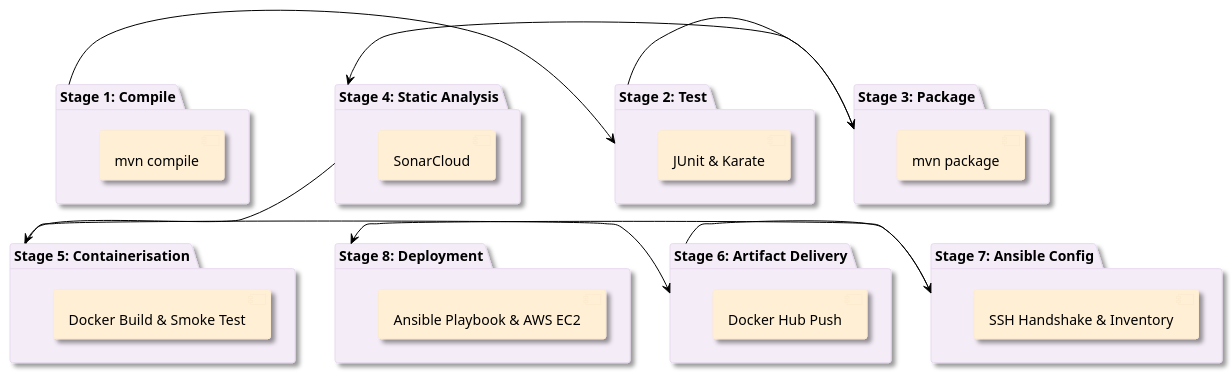
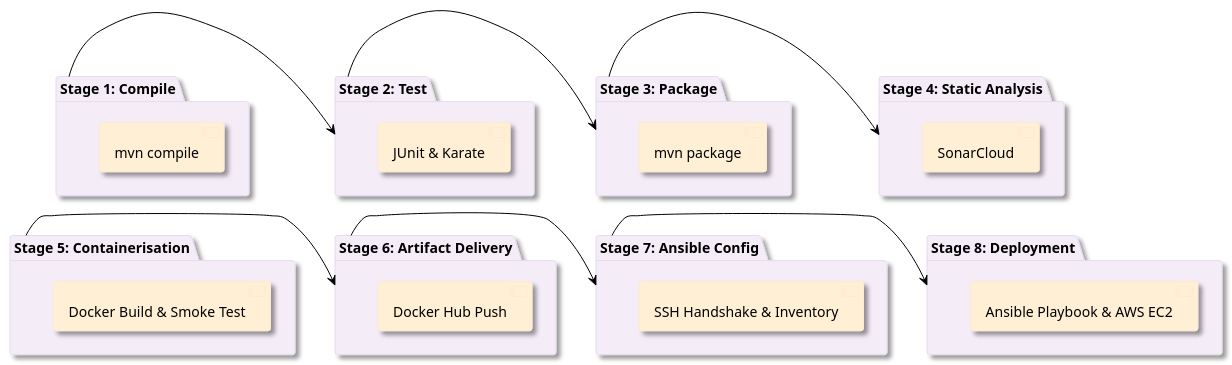
One commit to joeaoregan/TUS-26-MA-CA1-Guitar-Store-API changed the diagram in docs/pipeline-stages.puml. Above: the diagram before and after it, drawn with PlantUML.

Commit message:
Hey! Look at me I'm a screencast commit!! 1

```diff
--- a/docs/pipeline-stages.puml
+++ b/docs/pipeline-stages.puml
@@ -1,72 +1,72 @@
 @startuml
 !theme plain
 
 ' --- Styling ---
 skinparam Shadowing true
 skinparam package {
     BackgroundColor #F4ECF7
     BorderColor #E8DAEF
 }
 skinparam component {
     BackgroundColor #FFEFD5
     BorderColor #FDEBD0
 }
 
 ' --- Pipeline Stages ---
 
 
 
 
 package "Stage 1: Compile" as s1 {
   component "mvn compile" as c1
 }
 
 package "Stage 2: Test" as s2 {
   component "JUnit & Karate" as c2
 }
 
 package "Stage 3: Package" as s3 {
   component "mvn package" as c3
 }
 
 package "Stage 4: Static Analysis" as s4 {
   component "SonarCloud" as c4
 }
 
 package "Stage 5: Containerisation" as s5 {
   component "Docker Build & Smoke Test" as c5
 }
 
 package "Stage 6: Artifact Delivery" as s6 {
   component "Docker Hub Push" as c6
 }
 
 package "Stage 7: Ansible Config" as s7 {
   component "SSH Handshake & Inventory" as c7
 }
 
 package "Stage 8: Deployment" as s8 {
   component "Ansible Playbook & AWS EC2" as c8
 }
 
 s1 -r-> s2
 s2 -r-> s3
 s3 -r-> s4
 
 ' The Bridge (Force s5 to start a new row)
-s4 -down-> s5
+' s4 -down-> s5
 
 ' Row 2
 s5 -r-> s6
 s6 -r-> s7
 s7 -r-> s8
 
 ' --- THE GRID LOCKS (Crucial for alignment) ---
 ' This forces the vertical columns to line up
 s1 -[hidden]down-> s5
 s2 -[hidden]down-> s6
 s3 -[hidden]down-> s7
 s4 -[hidden]down-> s8
 
 
 @enduml
```
